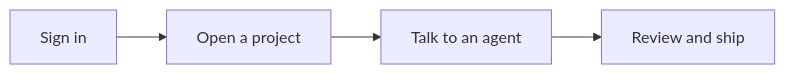
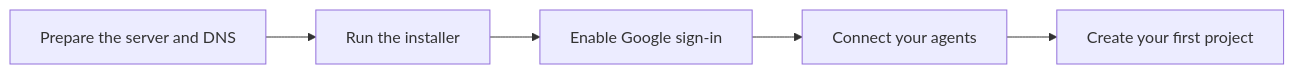
Before and after one commit to AbdallahMohamedDotnet/remote.futrx: the third of 3 diagrams in README.md, drawn with Mermaid. The commit also changed other lines of this file, not shown here.

````diff
--- a/README.md
+++ b/README.md
@@ -75,6 +154,7 @@
 ```mermaid
 flowchart LR
-    A["Sign in"] --> B["Open a project"]
-    B --> C["Talk to an agent"]
-    C --> D["Review and ship"]
+    A["Prepare the server and DNS"] --> B["Run the installer"]
+    B --> C["Enable Google sign-in"]
+    C --> D["Connect your agents"]
+    D --> E["Create your first project"]
 ```
````
